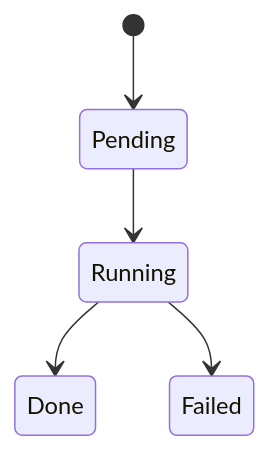
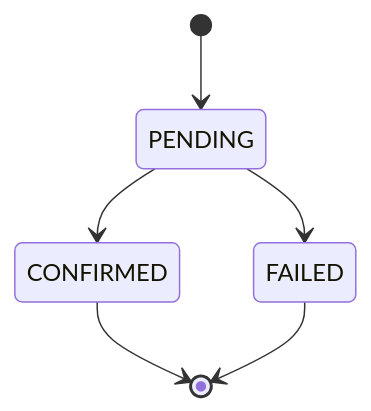
The second of 2 diagrams in templates/product/20-spec/spec.md (kknaks/kknaks_profile), drawn with Mermaid before and after one commit. The commit also changed other lines of this file and 10 other files, not shown here.

````diff
--- a/templates/product/20-spec/spec.md
+++ b/templates/product/20-spec/spec.md
@@ -146,7 +152,8 @@
 ```mermaid
 stateDiagram-v2
-    [*] --> Pending
-    Pending --> Running
-    Running --> Done
-    Running --> Failed
+    [*] --> PENDING
+    PENDING --> CONFIRMED
+    PENDING --> FAILED
+    CONFIRMED --> [*]
+    FAILED --> [*]
 ```
````
